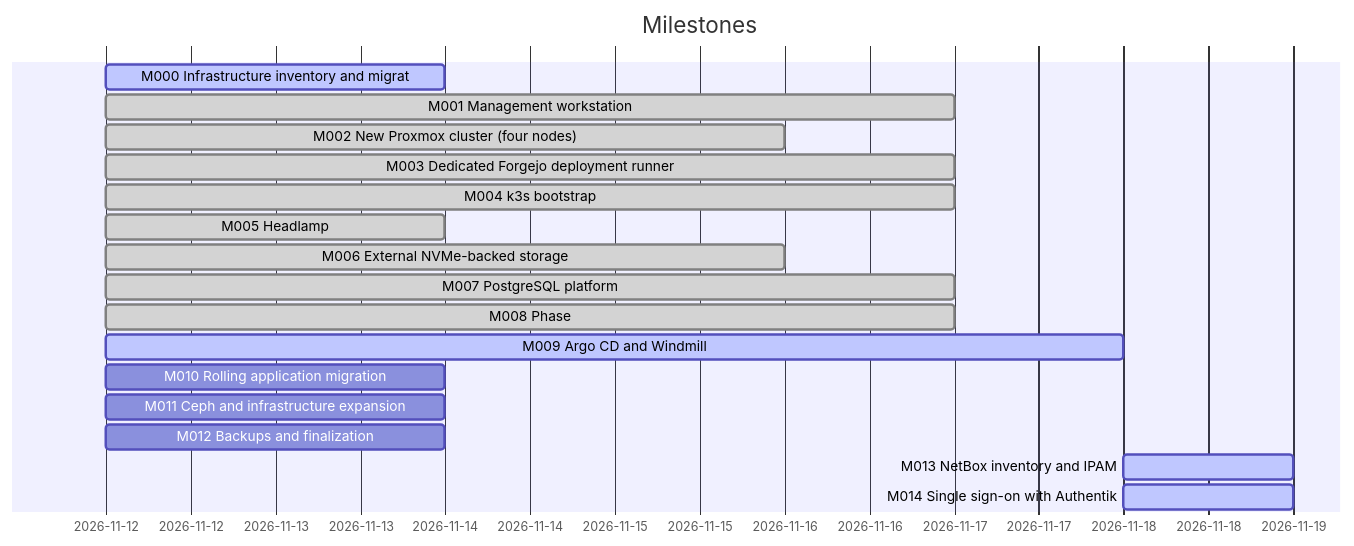
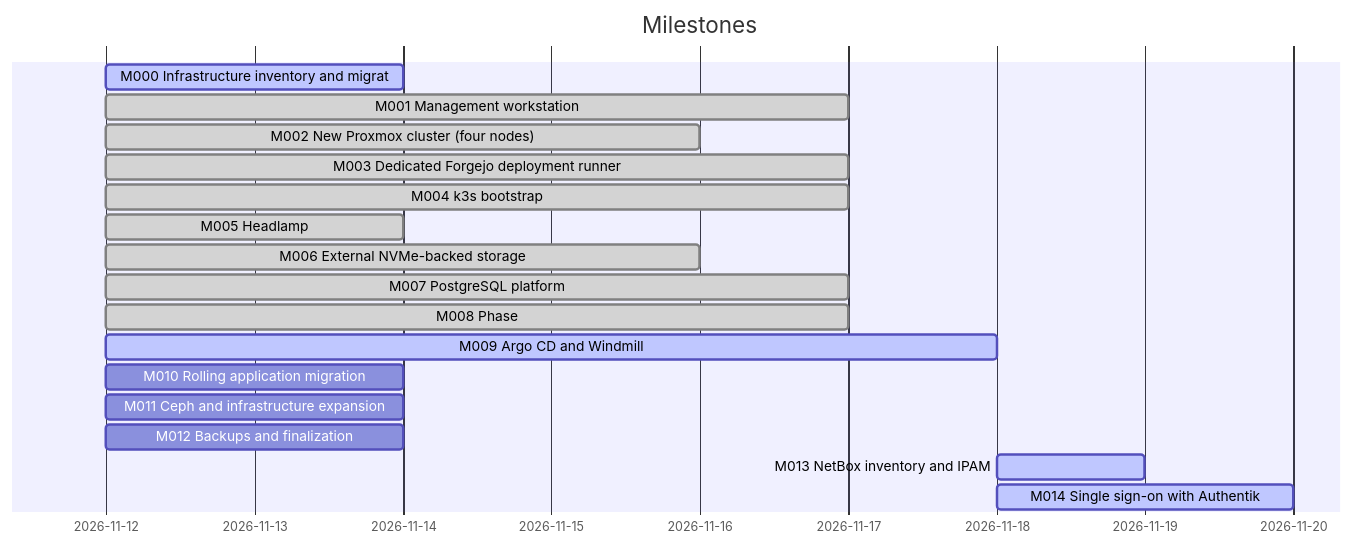
Before and after one commit to doku-code/homelab-iac: the diagram in docs/dashboard.md, drawn with Mermaid.

Commit message:
docs: regenerate the indexes

````diff
--- a/docs/dashboard.md
+++ b/docs/dashboard.md
@@ -37,20 +37,20 @@
 ```mermaid
 gantt
     dateFormat YYYY-MM-DD
     title Milestones
     M000 Infrastructure inventory and migrat :active, m000, 2026-11-12, 2026-11-14
     M001 Management workstation :done, m001, 2026-11-12, 2026-11-17
     M002 New Proxmox cluster (four nodes) :done, m002, 2026-11-12, 2026-11-16
     M003 Dedicated Forgejo deployment runner :done, m003, 2026-11-12, 2026-11-17
     M004 k3s bootstrap :done, m004, 2026-11-12, 2026-11-17
     M005 Headlamp :done, m005, 2026-11-12, 2026-11-14
     M006 External NVMe-backed storage :done, m006, 2026-11-12, 2026-11-16
     M007 PostgreSQL platform :done, m007, 2026-11-12, 2026-11-17
     M008 Phase :done, m008, 2026-11-12, 2026-11-17
     M009 Argo CD and Windmill :active, m009, 2026-11-12, 2026-11-18
     M010 Rolling application migration :m010, 2026-11-12, 2026-11-14
     M011 Ceph and infrastructure expansion :m011, 2026-11-12, 2026-11-14
     M012 Backups and finalization :m012, 2026-11-12, 2026-11-14
     M013 NetBox inventory and IPAM :active, m013, 2026-11-18, 2026-11-19
-    M014 Single sign-on with Authentik :active, m014, 2026-11-18, 2026-11-19
+    M014 Single sign-on with Authentik :active, m014, 2026-11-18, 2026-11-20
 ```
````
